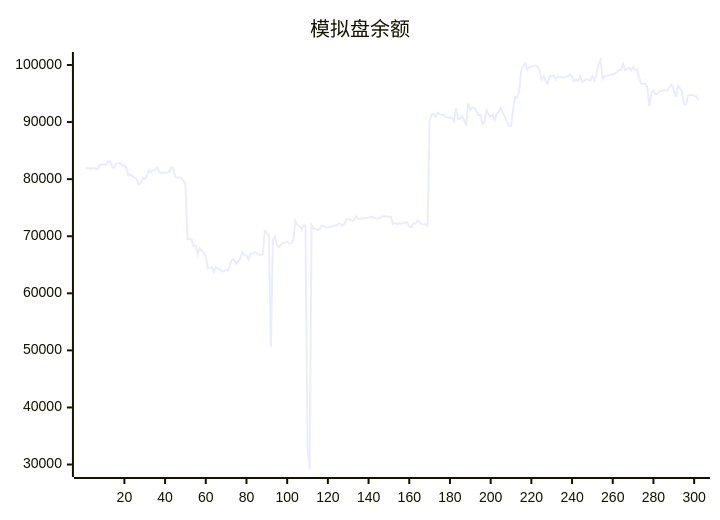
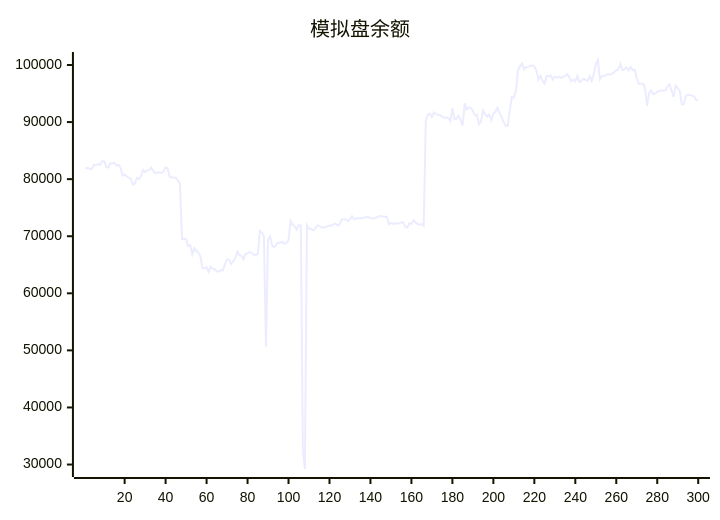
Before and after one commit to aahl/ai-trading: the diagram in README.md, drawn with Mermaid. The commit also changed other lines of this file and 1 other file, not shown here.

````diff
--- a/README.md
+++ b/README.md
@@ -5,5 +5,5 @@
 ```mermaid
 xychart
     title "模拟盘余额"
-    line [82006,81848,81955,81829,82022,81769,81776,82522,82441,82656,82498,83144,83144,82150,82038,82797,82763,82872,82367,82536,81981,80612,80862,80484,80242,80034,79063,79245,80226,80016,80507,81625,81233,81544,81578,82016,81401,81019,81186,81130,81118,81306,82066,81909,80392,80304,80291,80258,79729,79261,69466,69579,69456,68251,68415,66832,67911,67462,67144,66432,64380,64375,64606,63740,64647,64324,64216,63842,63877,64078,64008,65156,65945,65888,65157,65625,66144,67284,66653,66639,65924,66925,66956,67263,67108,66766,66729,66886,70927,70673,70049,50652,69334,69973,68400,68061,68578,68876,68879,69055,68662,68822,69329,72687,71999,71760,71162,71911,71896,32500,29218,71927,71297,71305,71044,71337,71883,71822,71536,71536,71622,71723,71880,71860,72100,72216,71887,72077,72940,72976,72966,72638,72948,73497,73004,73041,73173,73160,73186,73258,73375,73351,73173,73098,73161,73305,73474,73536,73457,73413,73412,72100,72333,72164,72272,72204,72285,72461,72421,71652,71521,72267,72157,72774,72424,72144,72060,72091,71858,90185,91338,91466,90900,91678,91404,91268,91244,90903,90779,90787,90721,90187,92429,90518,90619,91070,90328,89376,93286,92202,92581,92485,91947,91196,91259,89619,90086,92063,91355,90950,91327,90373,91498,91800,92531,91603,90910,90031,89351,89334,92097,94406,94315,95455,98972,99763,100286,99229,99622,99701,99805,99938,99738,99082,97430,98094,97267,96741,98081,98013,98194,97447,97983,97789,97969,97729,97911,98043,98405,97912,97120,97448,97154,98095,97021,97190,97616,97402,97263,98035,97210,98424,100120,100876,97552,98049,98085,98228,98388,98342,98488,98750,99086,99181,100188,99107,99272,99553,99072,99636,99061,99186,97674,96679,96704,96743,96096,92830,95088,95560,94866,94995,95295,95497,95531,95527,95559,96236,96597,95538,94422,96363,95972,95418,93094,93128,94558,94795,94727,94611,94508,93856]
+    line [81829,82022,81769,81776,82522,82441,82656,82499,83144,83145,82150,82038,82797,82763,82872,82367,82536,81981,80612,80862,80484,80242,80034,79063,79245,80227,80016,80507,81625,81233,81544,81578,82016,81401,81019,81186,81130,81118,81306,82066,81909,80392,80304,80291,80258,79729,79261,69466,69579,69456,68251,68415,66832,67911,67462,67144,66432,64380,64375,64606,63741,64647,64324,64216,63842,63877,64079,64008,65156,65945,65888,65157,65625,66144,67284,66653,66639,65924,66925,66956,67263,67108,66766,66729,66886,70927,70673,70049,50652,69334,69973,68400,68061,68578,68877,68879,69055,68662,68822,69329,72687,71999,71760,71163,71911,71896,32500,29218,71927,71297,71305,71044,71337,71883,71822,71536,71536,71622,71723,71880,71860,72100,72216,71887,72077,72940,72976,72966,72638,72948,73497,73004,73041,73173,73160,73187,73258,73375,73351,73173,73098,73161,73305,73474,73536,73457,73413,73412,72100,72333,72164,72272,72204,72285,72461,72421,71652,71521,72267,72157,72774,72425,72144,72060,72091,71858,90185,91338,91466,90900,91678,91404,91268,91244,90903,90779,90787,90721,90187,92429,90518,90619,91070,90328,89376,93286,92202,92581,92485,91947,91196,91259,89619,90086,92063,91355,90950,91327,90373,91498,91800,92531,91603,90910,90031,89351,89334,92097,94406,94315,95455,98972,99763,100286,99229,99622,99701,99805,99938,99738,99082,97430,98094,97267,96741,98081,98013,98194,97447,97983,97789,97969,97729,97911,98043,98405,97912,97120,97448,97154,98095,97021,97191,97616,97402,97263,98035,97210,98424,100121,100876,97552,98049,98085,98228,98388,98342,98488,98750,99086,99181,100188,99107,99272,99553,99072,99636,99061,99186,97674,96679,96704,96743,96096,92830,95088,95560,94866,94995,95295,95497,95531,95527,95559,96236,96597,95538,94422,96363,95972,95418,93095,93128,94558,94795,94727,94611,94508,93857,93852]
 ```
````
